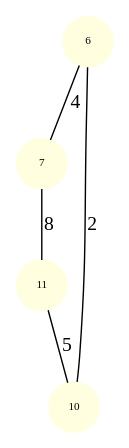
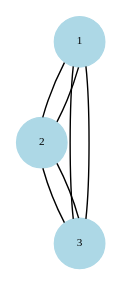
Before and after one commit to pgRouting/pgrouting: the fifth of 5 diagrams in doc/planar/pgr_planarFaces.rst, drawn with Graphviz. The commit also changed other lines of this file and 1 other file, not shown here.

```diff
--- a/doc/planar/pgr_planarFaces.rst
+++ b/doc/planar/pgr_planarFaces.rst
@@ -393,10 +264,8 @@
 .. graphviz::
 
     graph G {
-        node [shape=circle;style=filled;width=.5;fixedsize=true;fontsize=8];
-        6,7,10,11 [color=lightyellow];
-        6 -- 7 [label="4"];
-        7 -- 11 [label="8"];
-        11 -- 10 [label="5"];
-        10 -- 6 [label="2"];
+        node [shape=circle;style=filled;width=0.5;fixedsize=true;fontsize=8];
+        1,2,3 [color=lightblue];
+        1 -- 2 -- 3 -- 1;
+        1 -- 2 -- 3 -- 1;
     }
```
